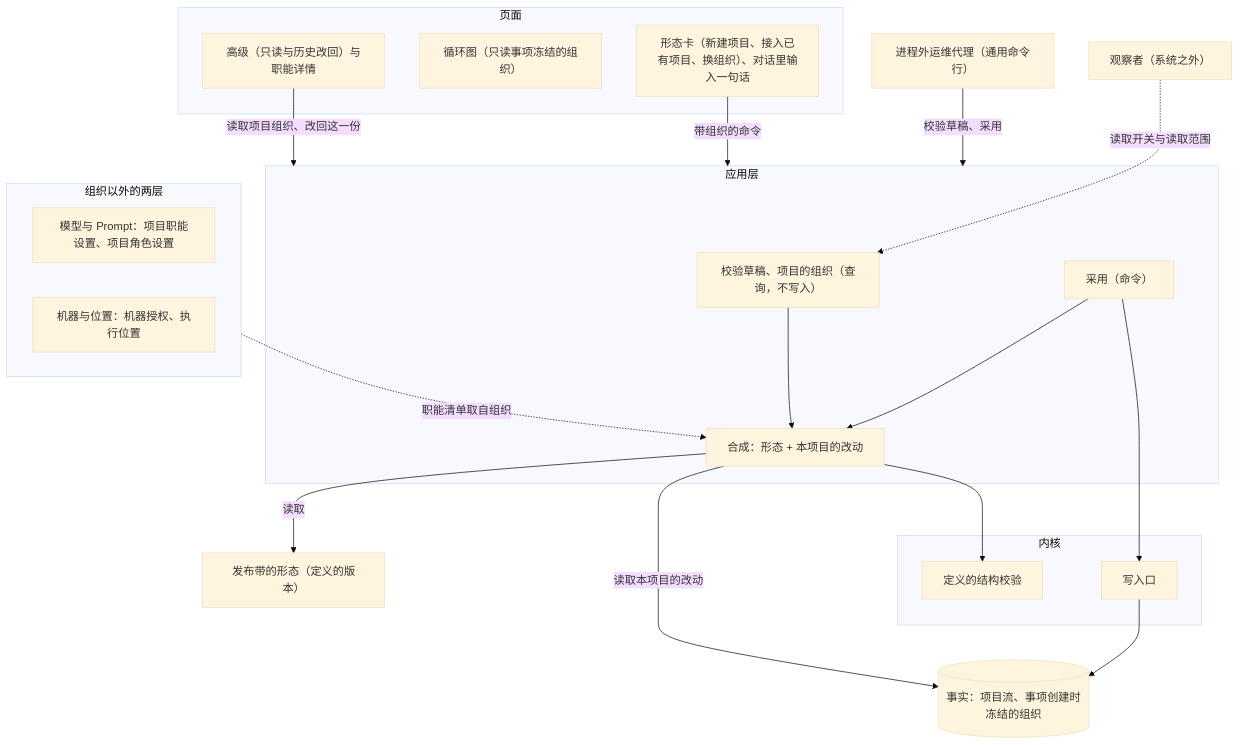
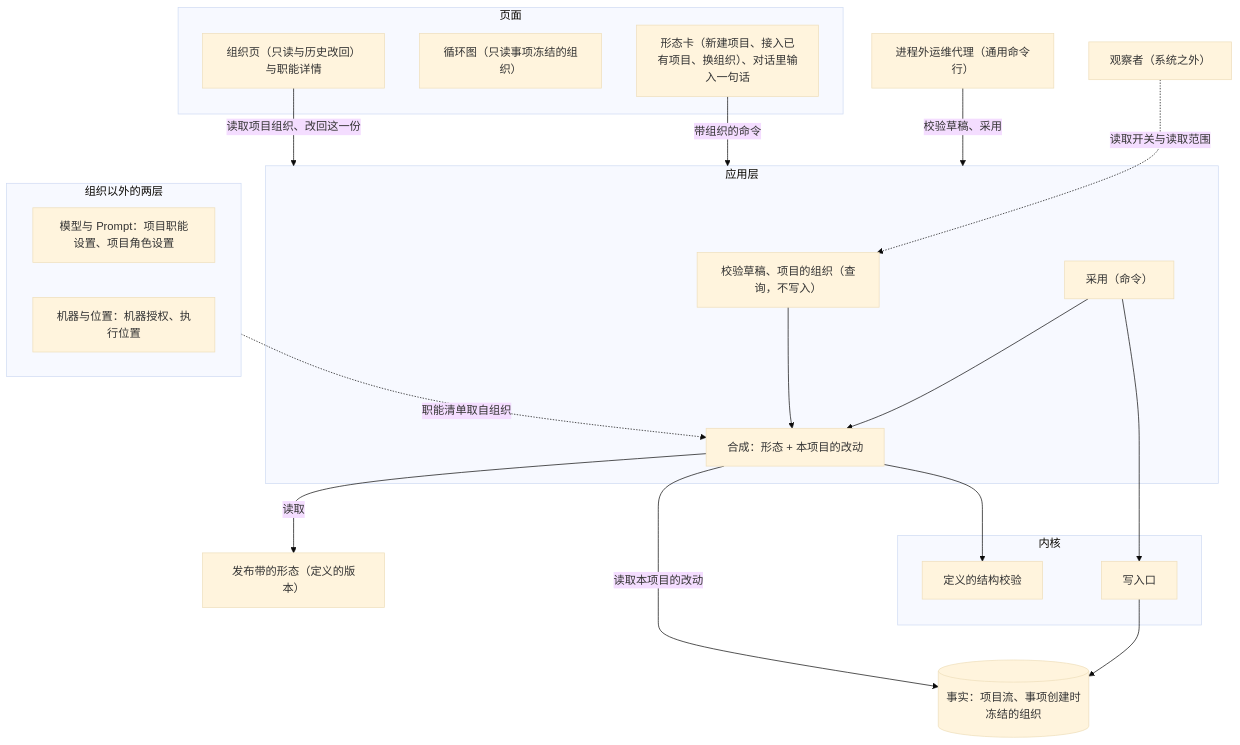
The first of 3 diagrams in docs/design/project-organization.md (bender2333/yudao), drawn with Mermaid (base theme) before and after one commit. The commit also changed other lines of this file and 66 other files, not shown here.

Commit message:
docs: 定型客户端 V21 五标签页循环蓝图控制台原型并统一主线设计说明

````diff
--- a/docs/design/project-organization.md
+++ b/docs/design/project-organization.md
@@ -67,36 +67,36 @@
 ```mermaid
 flowchart TB
   subgraph Page["页面"]
-    OrgPage["高级（只读与历史改回）与职能详情"]
+    OrgPage["组织页（只读与历史改回）与职能详情"]
     Graph["循环图（只读事项冻结的组织）"]
     Dialogs["形态卡（新建项目、接入已有项目、换组织）、对话里输入一句话"]
   end
   Ops["进程外运维代理（通用命令行）"]
   subgraph App["应用层"]
     Query["校验草稿、项目的组织（查询，不写入）"]
     Adopt["采用（命令）"]
     Compose["合成：形态 + 本项目的改动"]
   end
   subgraph Kernel["内核"]
     Check["定义的结构校验"]
     Write["写入口"]
   end
   Forms["发布带的形态（定义的版本）"]
   Facts[("事实：项目流、事项创建时冻结的组织")]
   subgraph Others["组织以外的两层"]
     ModelPrompt["模型与 Prompt：项目职能设置、项目角色设置"]
     Machine["机器与位置：机器授权、执行位置"]
   end
   Obs["观察者（系统之外）"]
   OrgPage -->|"读取项目组织、改回这一份"| App
   Ops -->|"校验草稿、采用"| App
   Dialogs -->|"带组织的命令"| App
   Query --> Compose
   Adopt --> Compose
   Compose -->|"读取"| Forms
   Compose -->|"读取本项目的改动"| Facts
   Compose --> Check
   Adopt --> Write --> Facts
   Others -.->|"职能清单取自组织"| Compose
   Obs -.->|"读取开关与读取范围"| Query
 ```
````
